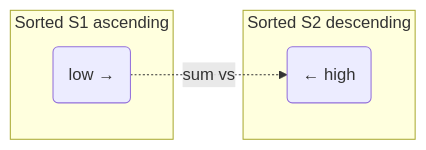
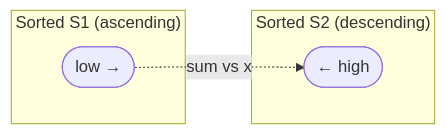
Before and after one commit to routsarthakkumar-byte/DAA-Lab: the third of 8 diagrams in Lab-04/README.md, drawn with Mermaid. The commit also changed other lines of this file and 1 other file, not shown here.

````diff
--- a/Lab-04/README.md
+++ b/Lab-04/README.md
@@ -146,10 +140,10 @@
 ```mermaid
 flowchart LR
-    subgraph Sorted S1 ascending
-    P1(low →)
+    subgraph SG1["Sorted S1 (ascending)"]
+    P1(["low →"])
     end
-    subgraph Sorted S2 descending
-    P2(← high)
+    subgraph SG2["Sorted S2 (descending)"]
+    P2(["← high"])
     end
-    P1 -.sum vs x.-> P2
+    P1 -. "sum vs x" .-> P2
 ```
````
